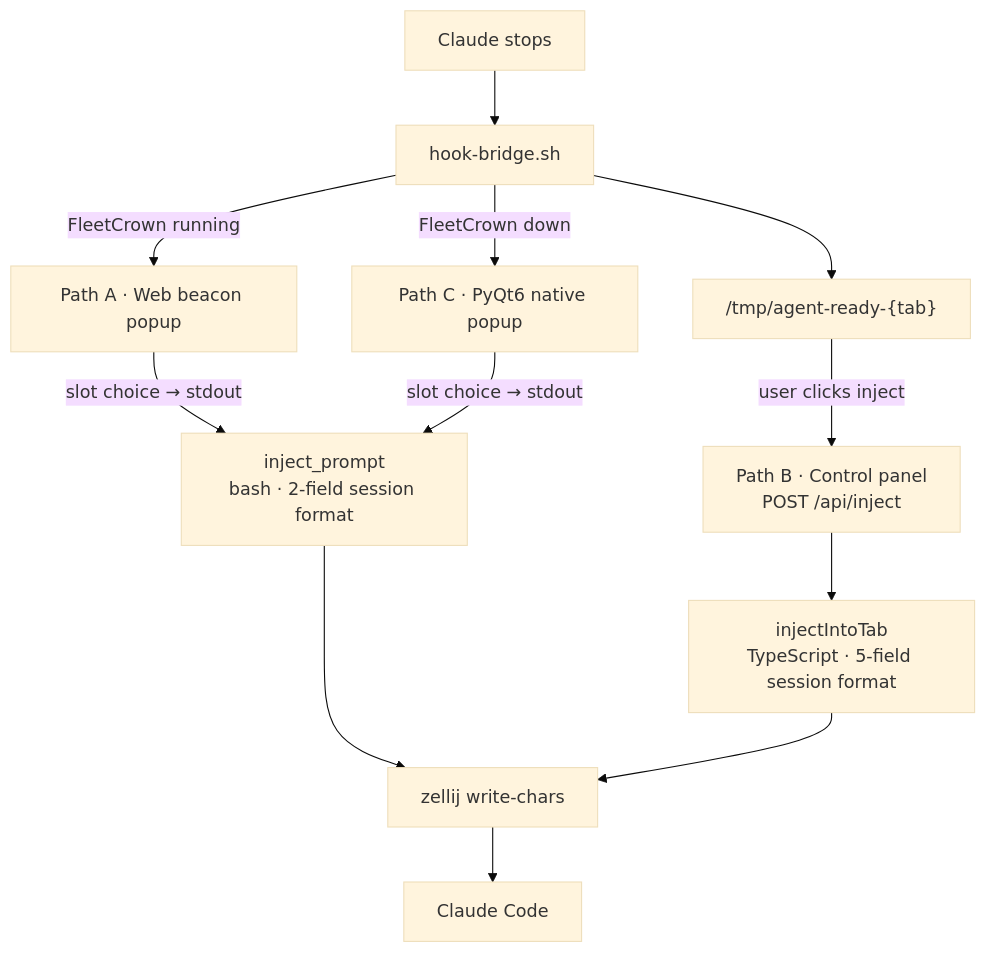
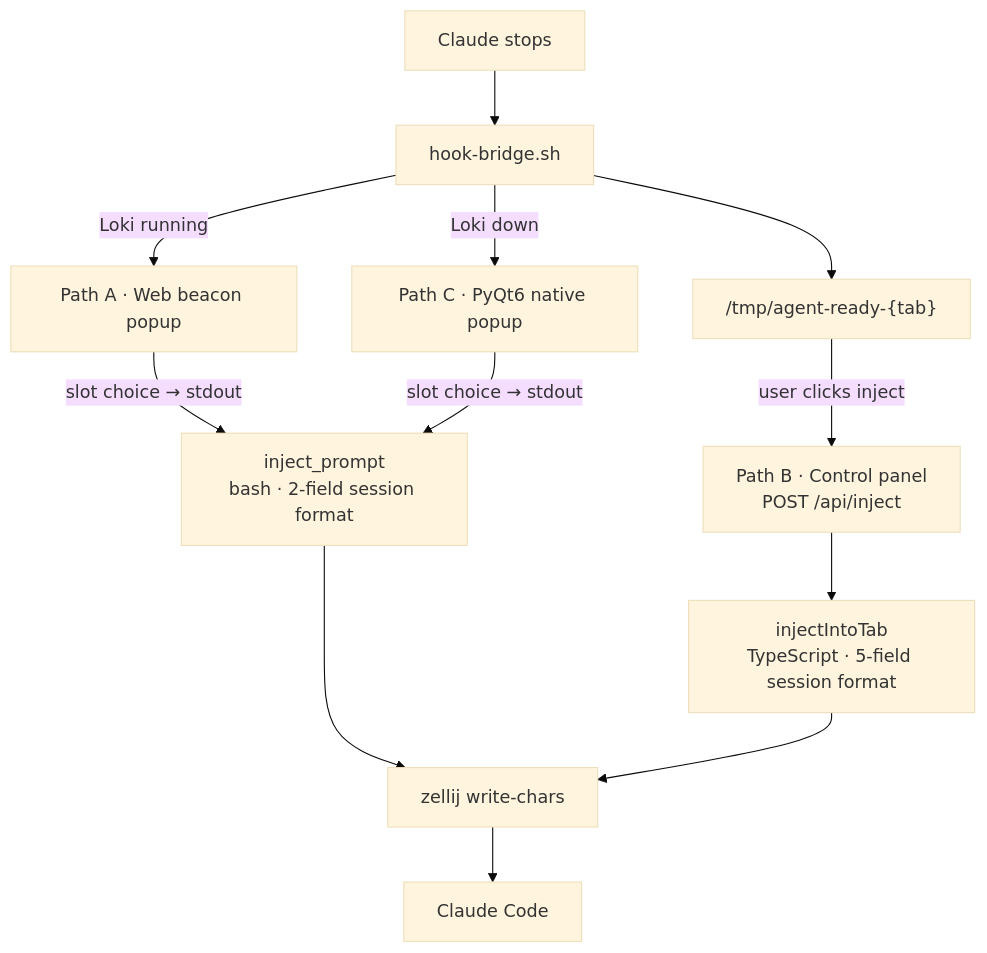
Before and after one commit to bitbaum/fleetcrown: the second of 2 diagrams in content/thoughts/the-anatomy-of-a-broken-injection-pipeline.md, drawn with Mermaid (base theme). The commit also changed other lines of this file and 638 other files, not shown here.

First line of the commit message:
refactor: rename the product from FleetCrown to Loki

````diff
--- a/content/thoughts/the-anatomy-of-a-broken-injection-pipeline.md
+++ b/content/thoughts/the-anatomy-of-a-broken-injection-pipeline.md
@@ -91,21 +91,21 @@
 ```mermaid
 flowchart TD
     Stop["Claude stops"]
     Bridge["hook-bridge.sh"]
     Ready["/tmp/agent-ready-{tab}"]
 
     Stop --> Bridge
     Bridge --> Ready
 
-    Bridge -->|"FleetCrown running"| WebBeacon["Path A · Web beacon popup"]
-    Bridge -->|"FleetCrown down"| QtPopup["Path C · PyQt6 native popup"]
+    Bridge -->|"Loki running"| WebBeacon["Path A · Web beacon popup"]
+    Bridge -->|"Loki down"| QtPopup["Path C · PyQt6 native popup"]
     Ready -->|"user clicks inject"| Panel["Path B · Control panel\nPOST /api/inject"]
 
     WebBeacon -->|"slot choice → stdout"| BashInject["inject_prompt\nbash · 2-field session format"]
     QtPopup -->|"slot choice → stdout"| BashInject
     Panel --> TSInject["injectIntoTab\nTypeScript · 5-field session format"]
 
     BashInject --> Zellij["zellij write-chars"]
     TSInject --> Zellij
     Zellij --> Claude["Claude Code"]
 ```
````
